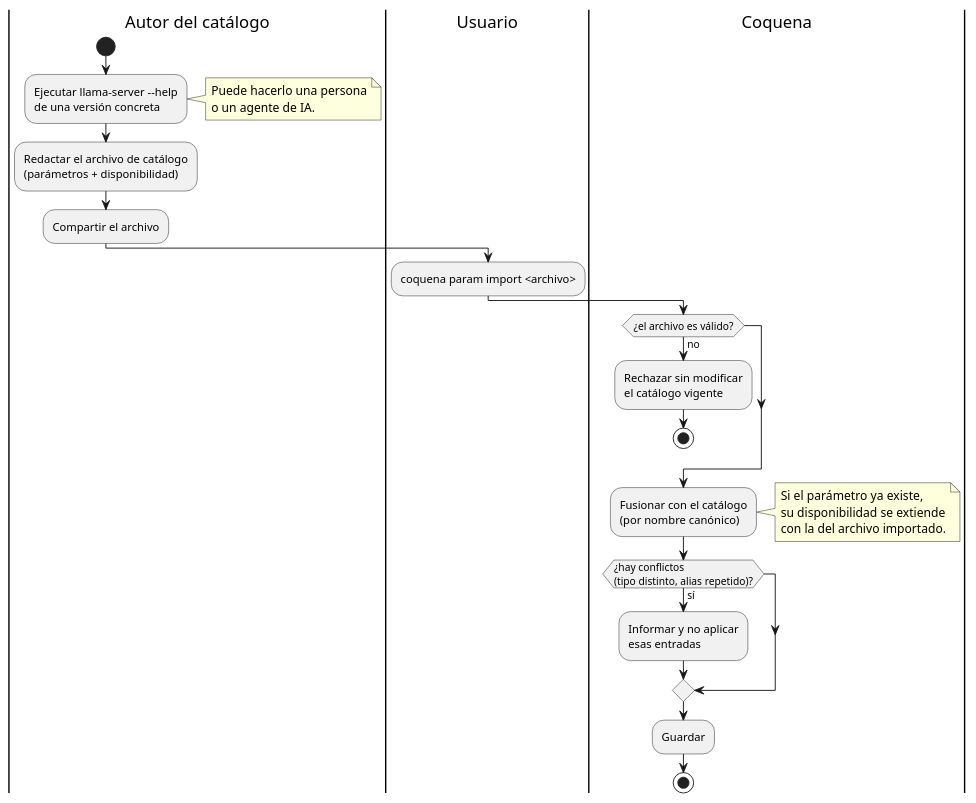
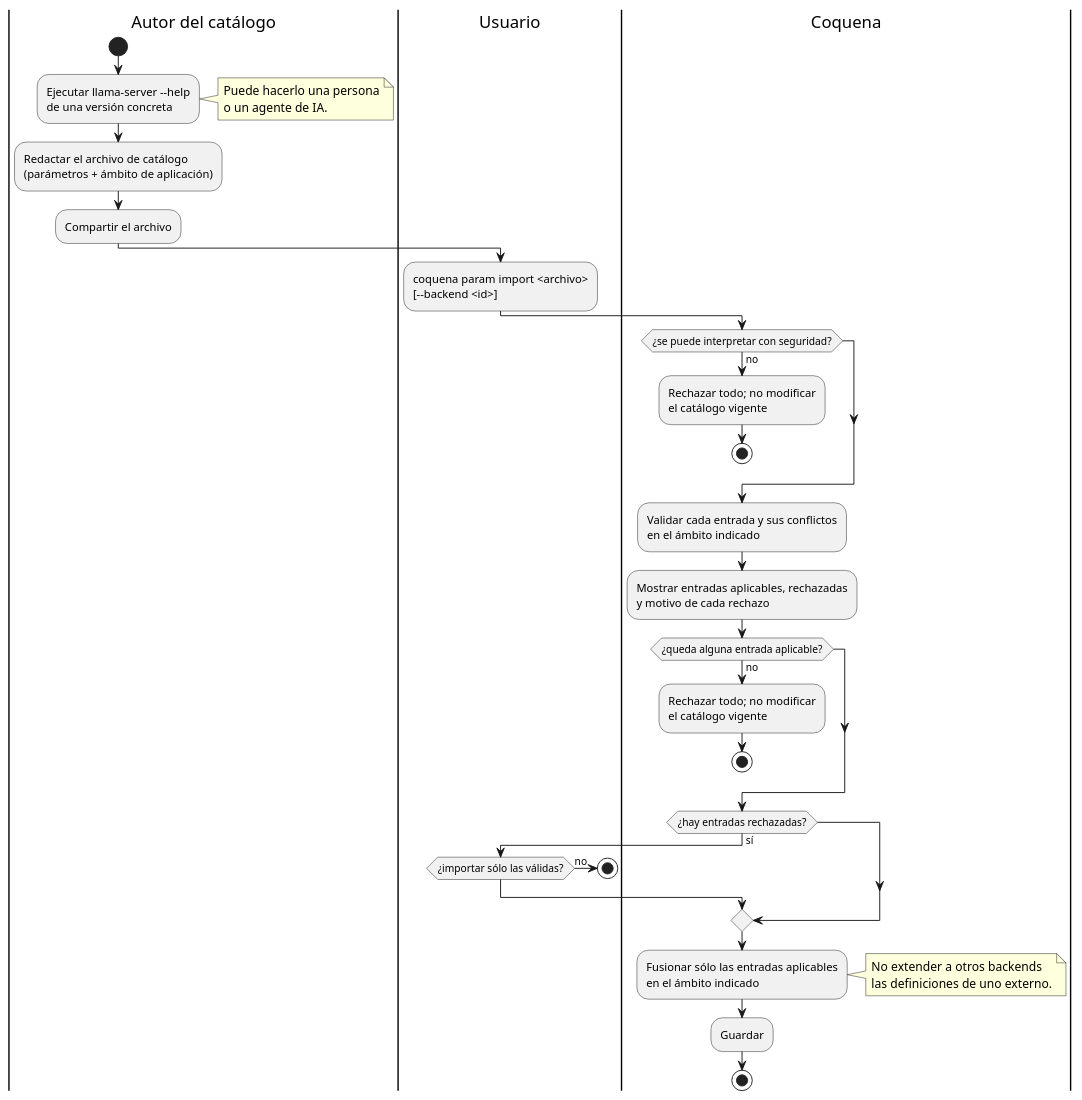
Before and after one commit to mstranich/coquena: the second of 2 diagrams in docs/catalogo-de-parametros.md, drawn with PlantUML. The commit also changed other lines of this file and 3 other files, not shown here.

Commit message:
docs: precisar catálogo de parámetros y orígenes de backends

````diff
--- a/docs/catalogo-de-parametros.md
+++ b/docs/catalogo-de-parametros.md
@@ -69,31 +128,40 @@
 ```plantuml
 @startuml
 |Autor del catálogo|
 start
 :Ejecutar llama-server --help\nde una versión concreta;
 note right
   Puede hacerlo una persona
   o un agente de IA.
 end note
-:Redactar el archivo de catálogo\n(parámetros + disponibilidad);
+:Redactar el archivo de catálogo\n(parámetros + ámbito de aplicación);
 :Compartir el archivo;
 |Usuario|
-:coquena param import <archivo>;
+:coquena param import <archivo>\n[--backend <id>];
 |Coquena|
-if (¿el archivo es válido?) then (no)
-  :Rechazar sin modificar\nel catálogo vigente;
+if (¿se puede interpretar con seguridad?) then (no)
+  :Rechazar todo; no modificar\nel catálogo vigente;
   stop
 endif
-:Fusionar con el catálogo\n(por nombre canónico);
+:Validar cada entrada y sus conflictos\nen el ámbito indicado;
+:Mostrar entradas aplicables, rechazadas\ny motivo de cada rechazo;
+if (¿queda alguna entrada aplicable?) then (no)
+  :Rechazar todo; no modificar\nel catálogo vigente;
+  stop
+endif
+if (¿hay entradas rechazadas?) then (sí)
+  |Usuario|
+  if (¿importar sólo las válidas?) then (no)
+    stop
+  endif
+  |Coquena|
+endif
+:Fusionar sólo las entradas aplicables\nen el ámbito indicado;
 note right
-  Si el parámetro ya existe,
-  su disponibilidad se extiende
-  con la del archivo importado.
+  No extender a otros backends
+  las definiciones de uno externo.
 end note
-if (¿hay conflictos\n(tipo distinto, alias repetido)?) then (sí)
-  :Informar y no aplicar\nesas entradas;
-endif
 :Guardar;
 stop
 @enduml
 ```
````
